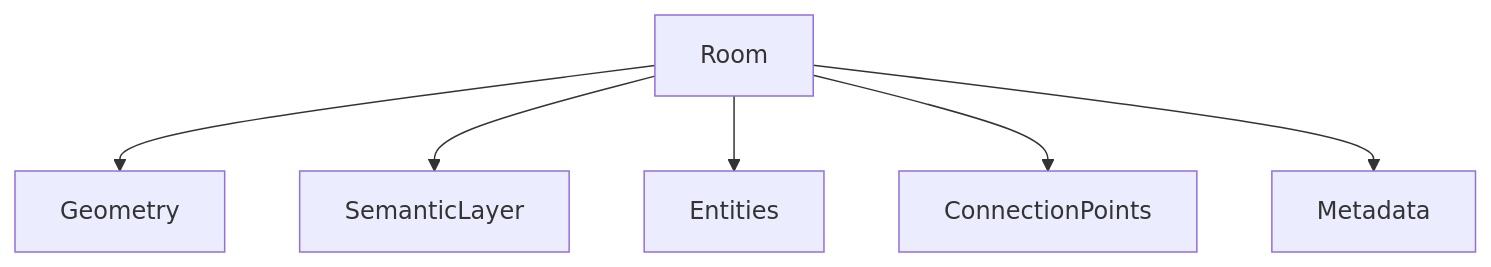
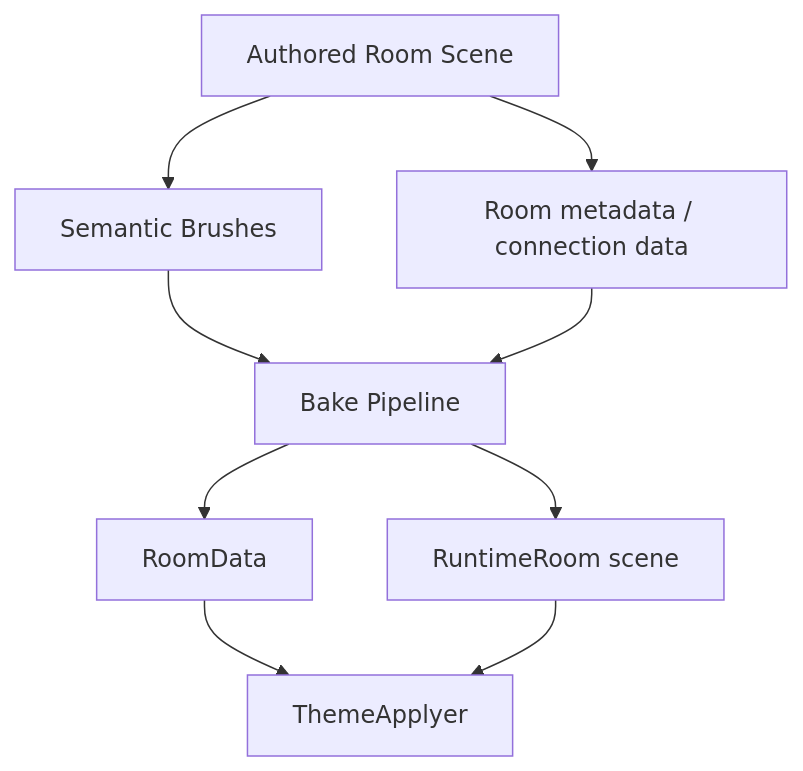
The first of 2 diagrams in docs/world/room-architecture.md (iamai74/project-echo), drawn with Mermaid before and after one commit. The commit also changed other lines of this file and 25 other files, not shown here.

````diff
--- a/docs/world/room-architecture.md
+++ b/docs/world/room-architecture.md
@@ -40,15 +87,17 @@
 ```mermaid
-graph TD
+flowchart TD
 
-Room
+    Room["Authored Room Scene"]
 
-Room --> Geometry
+    Room --> Brushes["Semantic Brushes"]
+    Room --> Metadata["Room metadata / connection data"]
 
-Room --> SemanticLayer
+    Brushes --> Bake["Bake Pipeline"]
+    Metadata --> Bake
 
-Room --> Entities
+    Bake --> RoomData["RoomData"]
+    Bake --> RuntimeScene["RuntimeRoom scene"]
 
-Room --> ConnectionPoints
-
-Room --> Metadata
+    RoomData --> ThemeApply["ThemeApplyer"]
+    RuntimeScene --> ThemeApply
 ```
````
